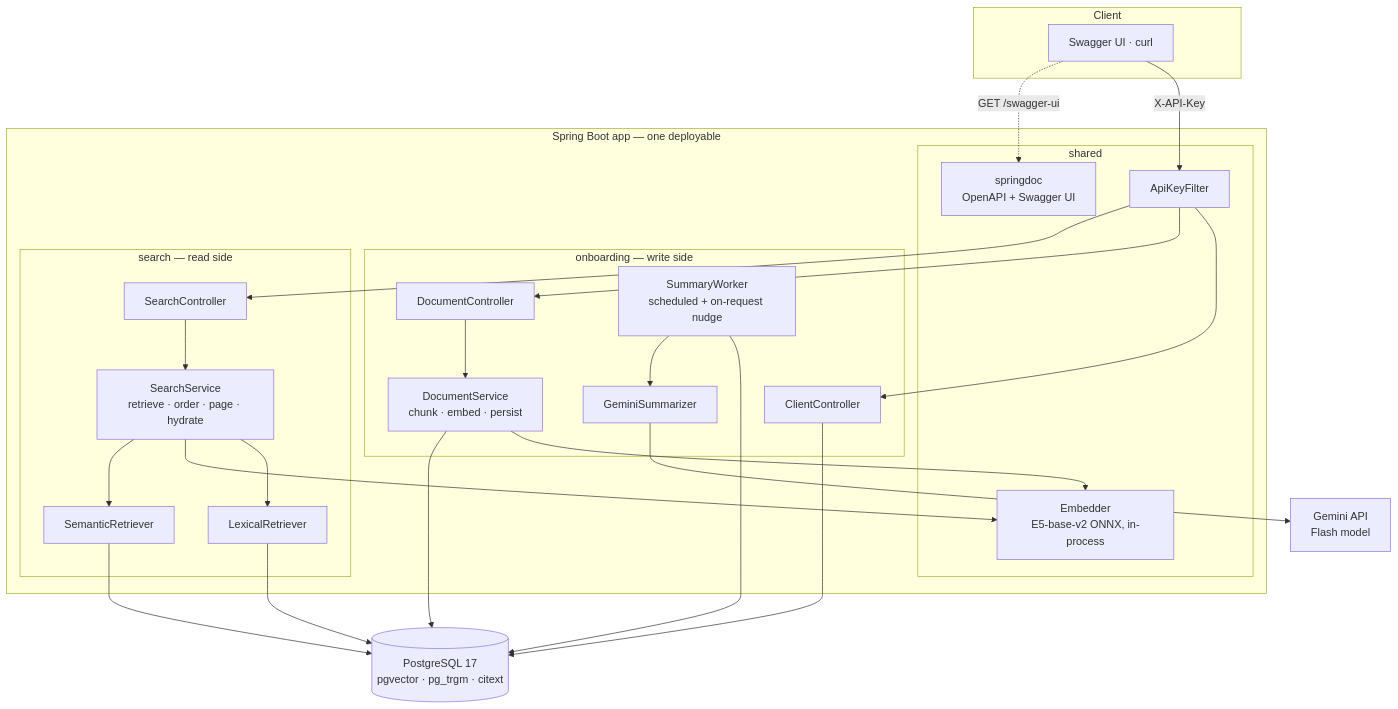
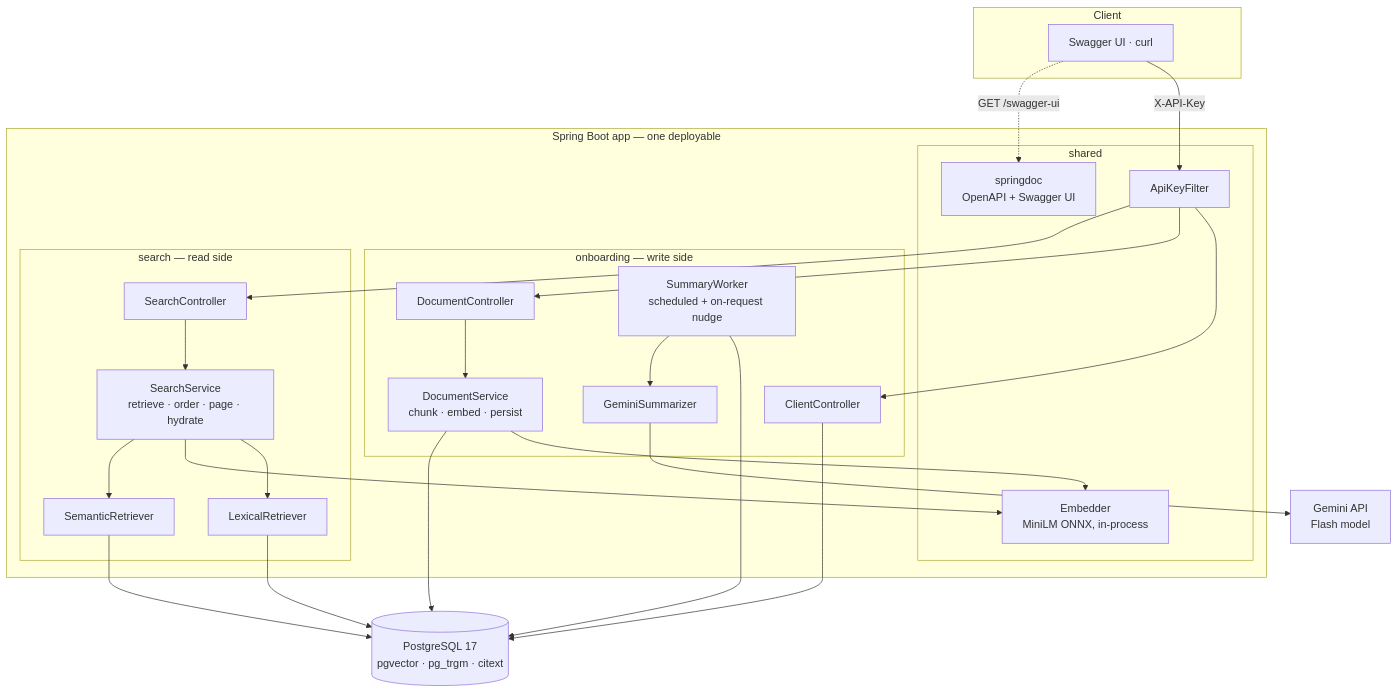
The first of 5 diagrams in docs/system-design.md (TsybulskyStepan/unified-search), drawn with Mermaid before and after one commit. The commit also changed other lines of this file and 14 other files, not shown here.

First line of the commit message:
revert: drop the E5-base-v2 trial, keep MiniLM as the production model

````diff
--- a/docs/system-design.md
+++ b/docs/system-design.md
@@ -24,43 +24,43 @@
 ```mermaid
 flowchart TB
     subgraph Client
         UI[Swagger UI · curl]
     end
 
     subgraph App["Spring Boot app — one deployable"]
         subgraph Shared["shared"]
             F[ApiKeyFilter]
-            EMB[Embedder<br/>E5-base-v2 ONNX, in-process]
+            EMB[Embedder<br/>MiniLM ONNX, in-process]
             DOCS[springdoc<br/>OpenAPI + Swagger UI]
         end
         subgraph Onboarding["onboarding — write side"]
             CC[ClientController]
             DC[DocumentController]
             DS[DocumentService<br/>chunk · embed · persist]
             SW[SummaryWorker<br/>scheduled + on-request nudge]
             SUM[GeminiSummarizer]
         end
         subgraph Search["search — read side"]
             SC[SearchController]
             SS[SearchService<br/>retrieve · order · page · hydrate]
             LR[LexicalRetriever]
             SR[SemanticRetriever]
         end
     end
 
     PG[(PostgreSQL 17<br/>pgvector · pg_trgm · citext)]
     VX[Gemini API<br/>Flash model]
 
     UI -->|X-API-Key| F
     F --> CC & DC & SC
     CC --> PG
     DC --> DS --> EMB
     DS --> PG
     SC --> SS
     SS --> LR --> PG
     SS --> EMB
     SS --> SR --> PG
     SW --> PG
     SW --> SUM --> VX
     UI -.->|GET /swagger-ui| DOCS
 ```
````
